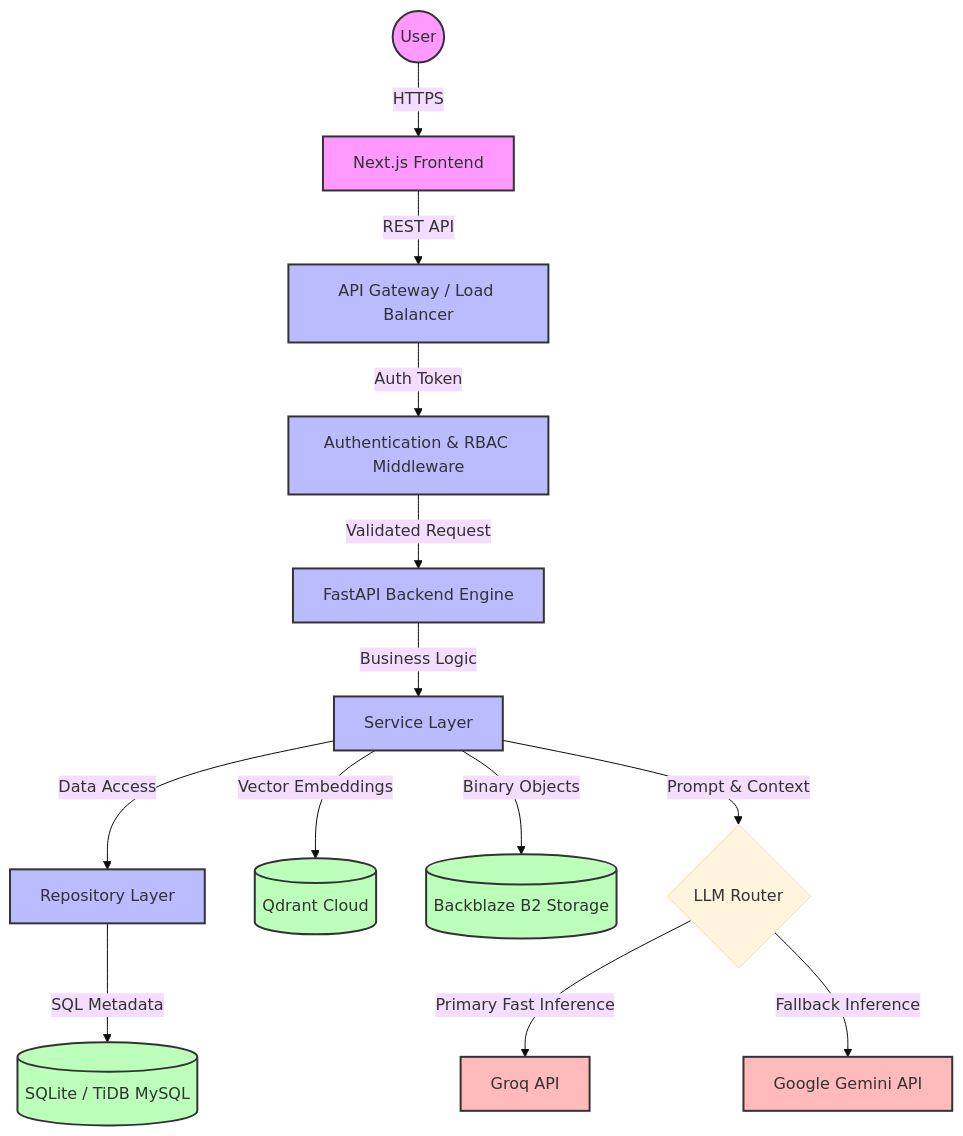
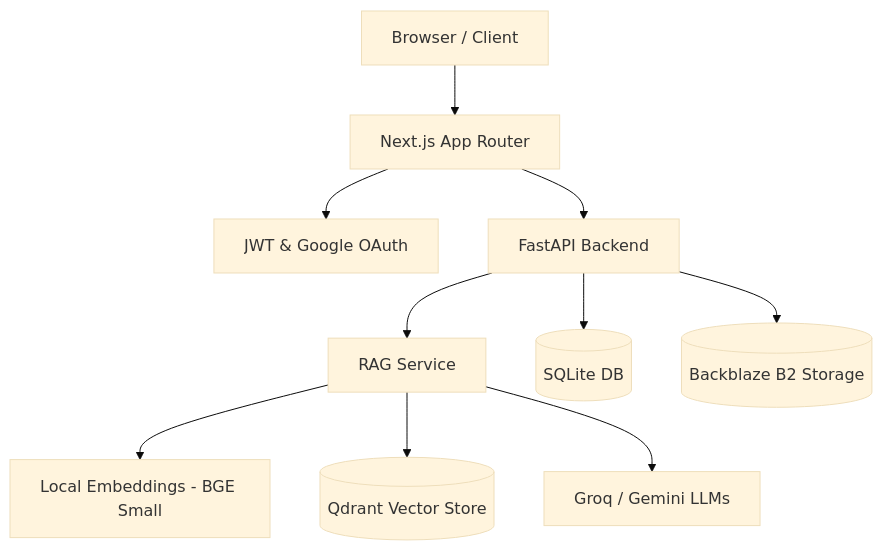
The diagram in README.md (atharv0894/RATAN), drawn with Mermaid (base theme) before and after one commit. The commit also changed other lines of this file and 26 other files, not shown here.

Commit message:
docs: complete repository synchronization, architecture, and README updates

````diff
--- a/README.md
+++ b/README.md
@@ -24,35 +48,15 @@
 ```mermaid
 graph TD
-    %% User and Edge
-    User((User)) --> |HTTPS| Frontend[Next.js Frontend]
-    Frontend --> |REST API| APIGateway[API Gateway / Load Balancer]
+    Client[Browser / Client] --> Frontend[Next.js App Router]
+    Frontend --> Auth[JWT & Google OAuth]
+    Frontend --> Backend[FastAPI Backend]
     
-    %% Backend Foundation
-    APIGateway --> |Auth Token| Authentication[Authentication & RBAC Middleware]
-    Authentication --> |Validated Request| FastAPI[FastAPI Backend Engine]
+    Backend --> RAG[RAG Service]
+    Backend --> SQLite[(SQLite DB)]
     
-    %% Internal Application Layers
-    FastAPI --> |Business Logic| ServiceLayer[Service Layer]
-    ServiceLayer --> |Data Access| RepositoryLayer[Repository Layer]
+    RAG --> FastEmbed[Local Embeddings - BGE Small]
+    RAG --> Qdrant[(Qdrant Vector Store)]
+    RAG --> LLM[Groq / Gemini LLMs]
     
-    %% Storage and Databases
-    RepositoryLayer --> |SQL Metadata| SQLDB[(SQLite / TiDB MySQL)]
-    ServiceLayer --> |Vector Embeddings| Qdrant[(Qdrant Cloud)]
-    ServiceLayer --> |Binary Objects| Backblaze[(Backblaze B2 Storage)]
-    
-    %% AI Models
-    ServiceLayer --> |Prompt & Context| LLMOrchestrator{LLM Router}
-    LLMOrchestrator --> |Primary Fast Inference| Groq[Groq API]
-    LLMOrchestrator --> |Fallback Inference| Gemini[Google Gemini API]
-    
-    %% Styling
-    classDef client fill:#f9f,stroke:#333,stroke-width:2px;
-    classDef api fill:#bbf,stroke:#333,stroke-width:2px;
-    classDef storage fill:#bfb,stroke:#333,stroke-width:2px;
-    classDef external fill:#fbb,stroke:#333,stroke-width:2px;
-    
-    class User,Frontend client;
-    class APIGateway,Authentication,FastAPI,ServiceLayer,RepositoryLayer api;
-    class SQLDB,Qdrant,Backblaze storage;
-    class Groq,Gemini external;
+    Backend --> ObjectStore[(Backblaze B2 Storage)]
 ```
````
